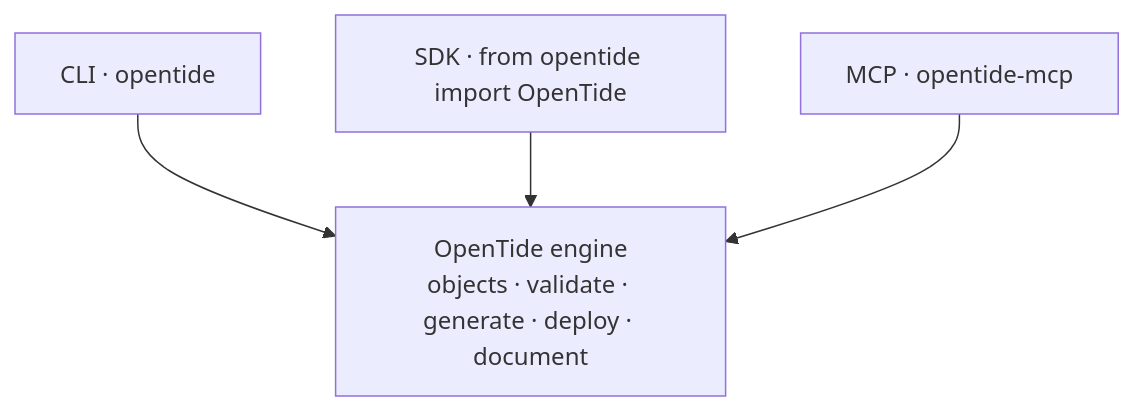
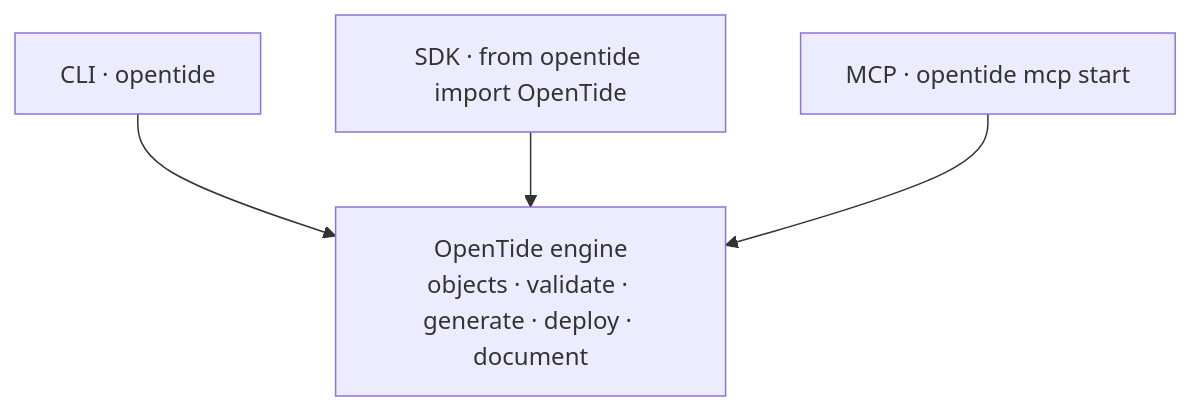
Before and after one commit to opentidehq/opentide: the diagram in docs/usage/choosing-an-interface.md, drawn with Mermaid. The commit also changed 31 other files, not shown here.

First line of the commit message:
feat(mcp)!: replace opentide-mcp with opentide mcp start

````diff
--- a/docs/usage/choosing-an-interface.md
+++ b/docs/usage/choosing-an-interface.md
@@ -10,7 +10,7 @@
 ```mermaid
 flowchart TD
   engine["OpenTide engine<br/>objects · validate · generate · deploy · document"]
   cli["CLI · opentide"] --> engine
   sdk["SDK · from opentide import OpenTide"] --> engine
-  mcp["MCP · opentide-mcp"] --> engine
+  mcp["MCP · opentide mcp start"] --> engine
 ```
````
